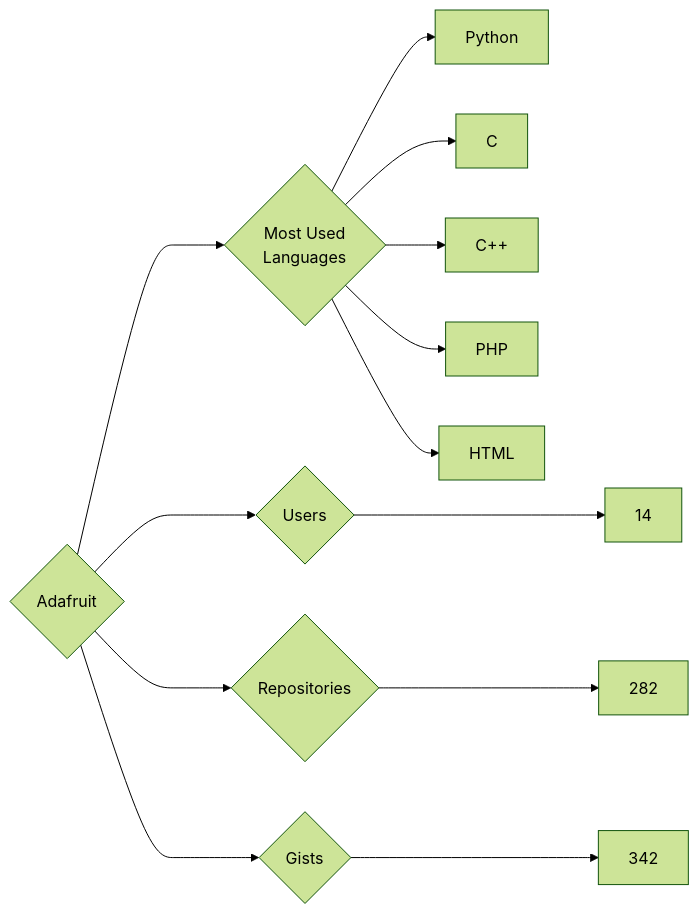
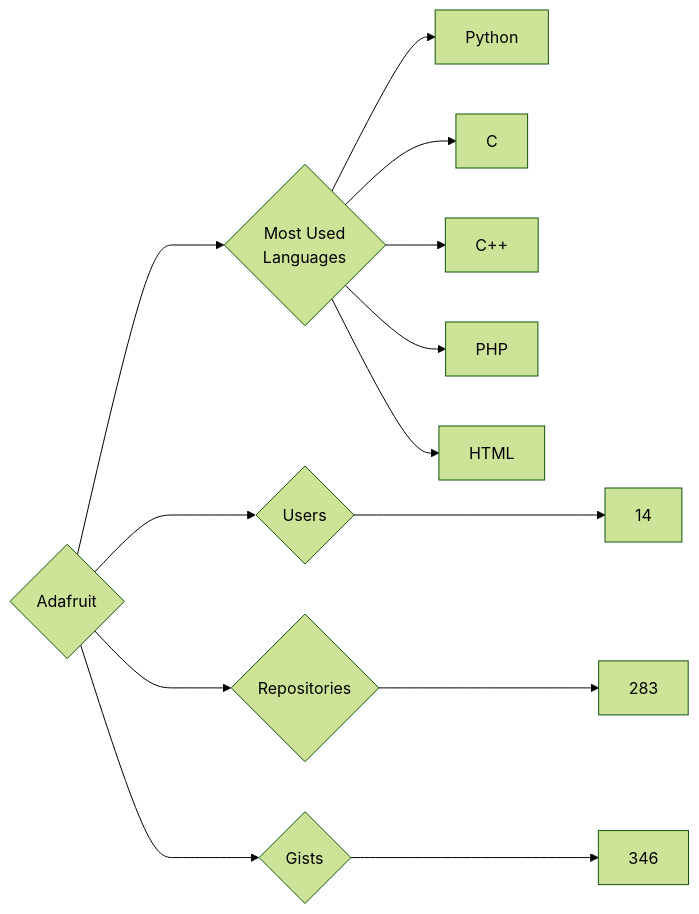
The diagram in targets/Adafruit/README.md (trickest/insiders), drawn with Mermaid (forest theme) before and after one commit. The commit also changed 823 other files, not shown here.

````diff
--- a/targets/Adafruit/README.md
+++ b/targets/Adafruit/README.md
@@ -3,13 +3,13 @@
 ```mermaid
 graph LR
 COMPANY_NAME{Adafruit}
 COMPANY_NAME ---> U{Users} ---> UN[14]
-COMPANY_NAME ---> R{Repositories} ---> RN[282]
-COMPANY_NAME ---> G{Gists} ---> GN[342]
+COMPANY_NAME ---> R{Repositories} ---> RN[283]
+COMPANY_NAME ---> G{Gists} ---> GN[346]
 COMPANY_NAME ---> ML{Most Used<br>Languages}
 ML --> Python[Python]
 ML --> C[C]
 ML --> C++[C++]
 ML --> PHP[PHP]
 ML --> HTML[HTML]
 ```
````
